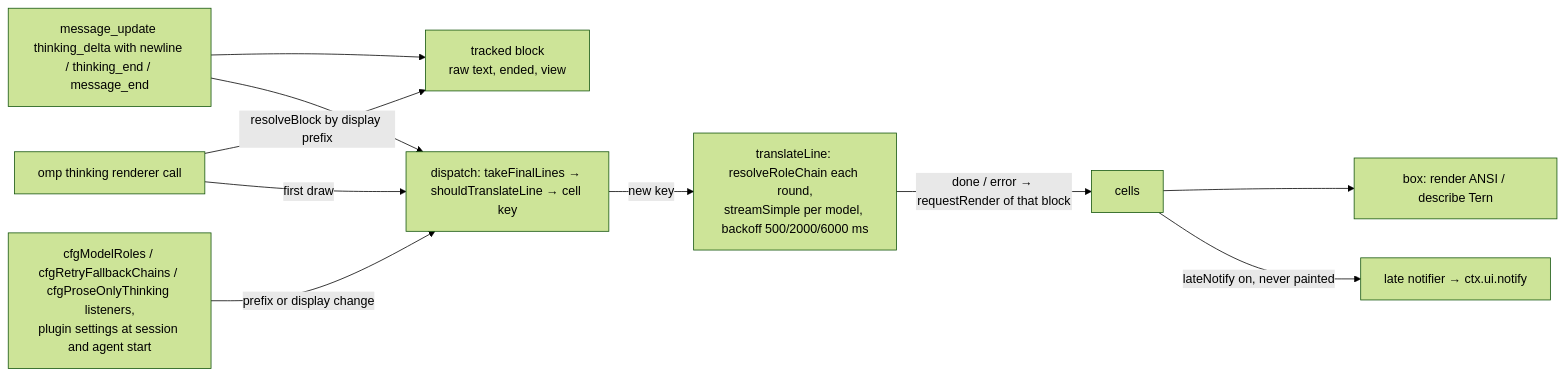
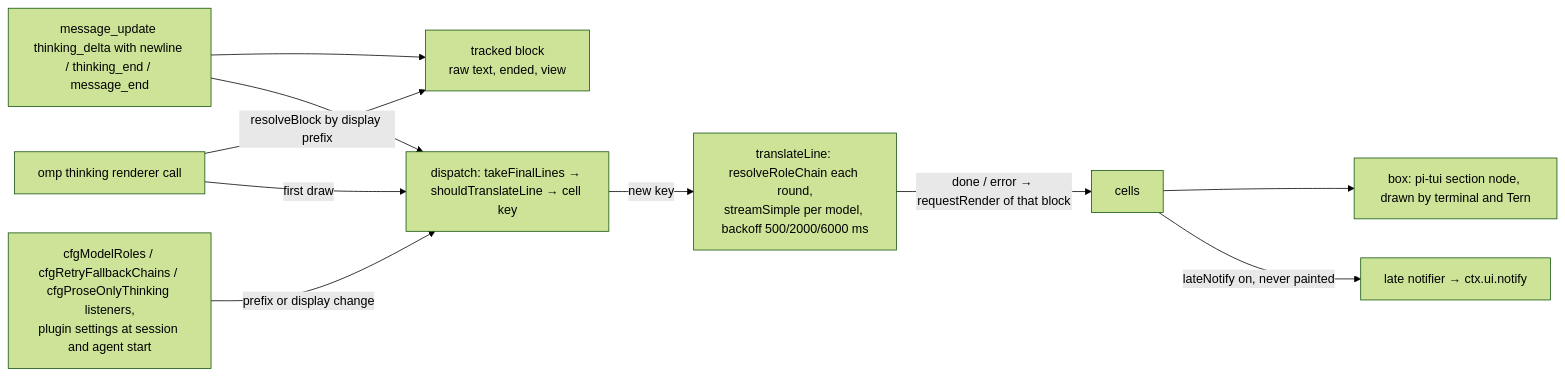
One commit to oh-my-omp/omp-thinking-translator changed the diagram in AGENTS.md. Above: the diagram before and after it, drawn with Mermaid (forest theme). The commit also changed other lines of this file and 10 other files, not shown here.

First line of the commit message:
fix: load on omp 19.2 and draw the translation box as pi-tui nodes

````diff
--- a/AGENTS.md
+++ b/AGENTS.md
@@ -17,12 +17,12 @@
 ```mermaid
 flowchart LR
   E[message_update thinking_delta with newline / thinking_end / message_end] --> B[tracked block<br/>raw text, ended, view]
   R[omp thinking renderer call] -->|resolveBlock by display prefix| B
   R -->|first draw| D
   E --> D[dispatch: takeFinalLines → shouldTranslateLine → cell key]
   S[cfgModelRoles / cfgRetryFallbackChains / cfgProseOnlyThinking listeners,<br/>plugin settings at session and agent start] -->|prefix or display change| D
   D -->|new key| T[translateLine: resolveRoleChain each round,<br/>streamSimple per model, backoff 500/2000/6000 ms]
   T -->|done / error → requestRender of that block| C[cells]
-  C --> X[box: render ANSI / describe Tern]
+  C --> X[box: pi-tui section node, drawn by terminal and Tern]
   C -->|lateNotify on, never painted| L[late notifier → ctx.ui.notify]
 ```
````
